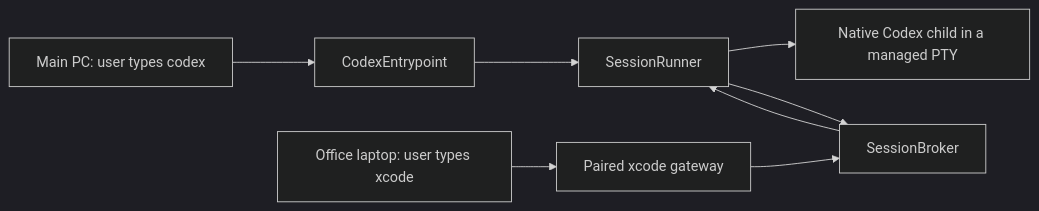
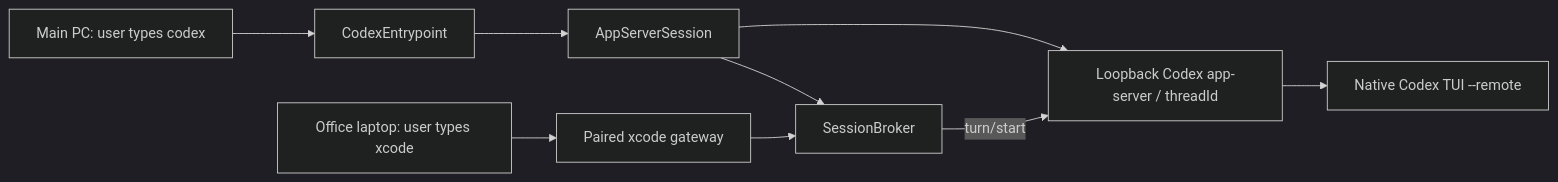
One commit to hanhan761/xcode changed the diagram in docs/codex-session-handoff.md. Above: the diagram before and after it, drawn with Mermaid (dark theme). The commit also changed other lines of this file and 14 other files, not shown here.

Commit message:
feat: unify main and office Codex thread

````diff
--- a/docs/codex-session-handoff.md
+++ b/docs/codex-session-handoff.md
@@ -89,10 +85,11 @@
 ```mermaid
 flowchart LR
   L[Main PC: user types codex] --> E[CodexEntrypoint]
-  E --> R[SessionRunner]
-  R --> C[Native Codex child in a managed PTY]
+  E --> R[AppServerSession]
+  R --> C[Loopback Codex app-server / threadId]
+  C --> T[Native Codex TUI --remote]
   R --> B[SessionBroker]
   O[Office laptop: user types xcode] --> G[Paired xcode gateway]
   G --> B
-  B --> R
+  B -->|turn/start| C
 ```
````
